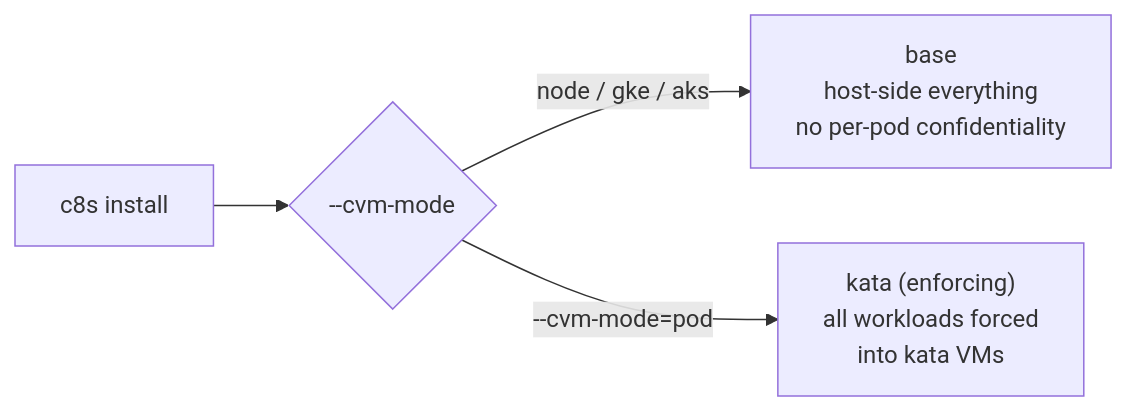
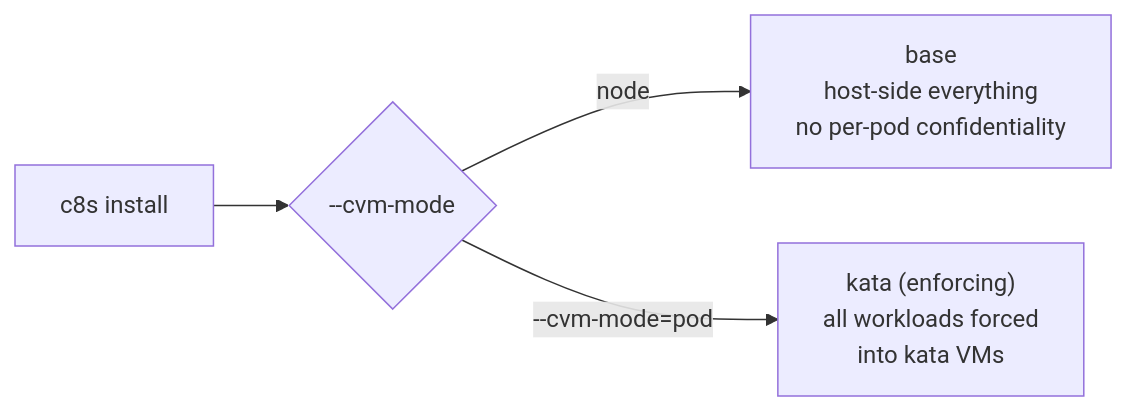
One commit to confidential-dot-ai/c8s changed the first of 6 diagrams in docs/install-flows.md. Above: the diagram before and after it, drawn with Mermaid. The commit also changed other lines of this file and 82 other files, not shown here.

````diff
--- a/docs/install-flows.md
+++ b/docs/install-flows.md
@@ -40,6 +39,6 @@
 ```mermaid
 flowchart LR
     A["c8s install"] --> B{--cvm-mode}
-    B -->|"node / gke / aks"| BASE["base<br/>host-side everything<br/>no per-pod confidentiality"]
+    B -->|"node"| BASE["base<br/>host-side everything<br/>no per-pod confidentiality"]
     B -->|"--cvm-mode=pod"| KATA["kata (enforcing)<br/>all workloads forced<br/>into kata VMs"]
 ```
````
